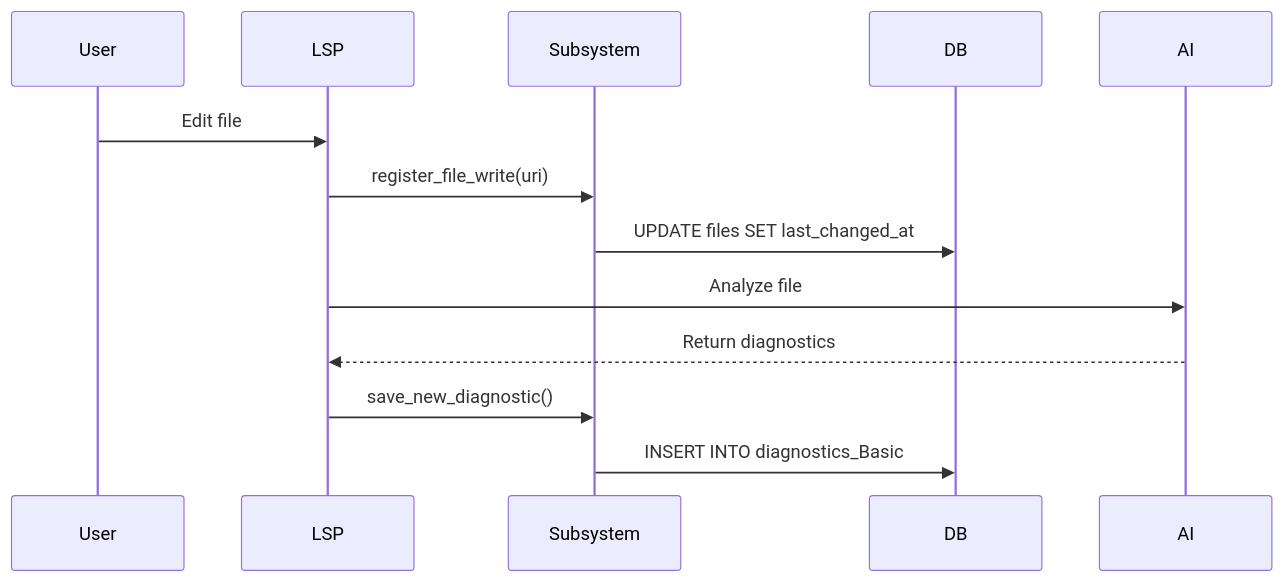
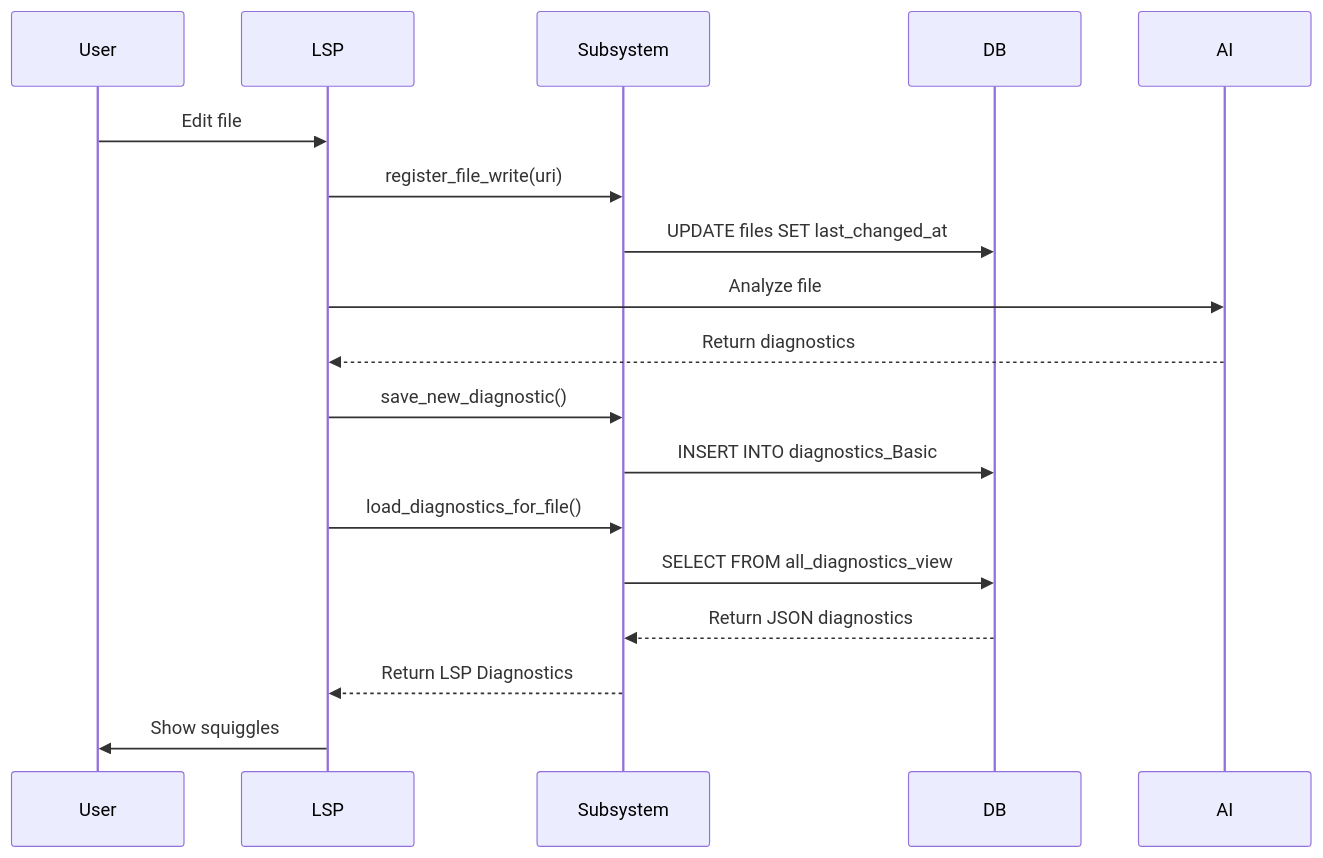
Before and after one commit to VectorZeroAI/ai_diagnos.nvim: the diagram in python3/ai_diagnos_lsp/utils/DiagnosticsHandlingSubsystem/README.md, drawn with Mermaid.

Commit message:
fix(doc/DiagnosticsHandlingSubsystem): Trying to get a diagramm working

````diff
--- a/python3/ai_diagnos_lsp/utils/DiagnosticsHandlingSubsystem/README.md
+++ b/python3/ai_diagnos_lsp/utils/DiagnosticsHandlingSubsystem/README.md
@@ -27,17 +27,23 @@
 ```mermaid
 sequenceDiagram
     participant User
     participant LSP
     participant Subsystem
     participant DB
     participant AI
     
     User->>LSP: Edit file
     LSP->>Subsystem: register_file_write(uri)
     Subsystem->>DB: UPDATE files SET last_changed_at
-    
+
     LSP->>AI: Analyze file
     AI-->>LSP: Return diagnostics
     LSP->>Subsystem: save_new_diagnostic()
     Subsystem->>DB: INSERT INTO diagnostics_Basic
+    
+    LSP->>Subsystem: load_diagnostics_for_file()
+    Subsystem->>DB: SELECT FROM all_diagnostics_view
+    DB-->>Subsystem: Return JSON diagnostics
+    Subsystem-->>LSP: Return LSP Diagnostics
+    LSP->>User: Show squiggles
 ```
````
